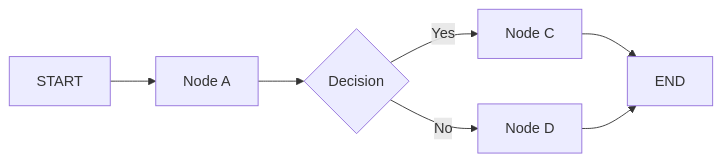
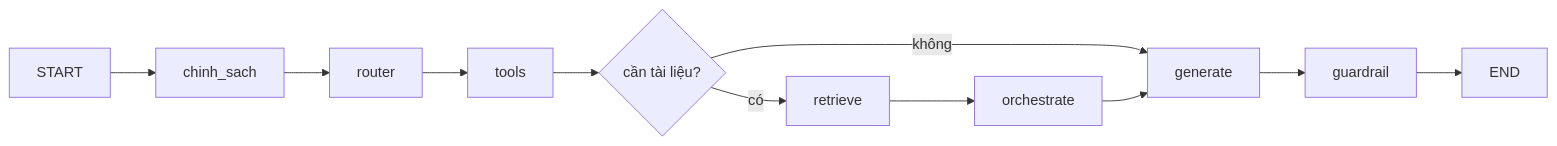
The second of 3 diagrams in ARCHITECTURE.md (DQHuyyyyy/Sale_mate), drawn with Mermaid before and after one commit. The commit also changed other lines of this file and 2 other files, not shown here.

````diff
--- a/ARCHITECTURE.md
+++ b/ARCHITECTURE.md
@@ -62,9 +90,13 @@
 ```mermaid
 graph LR
-    START --> A[Node A]
-    A --> B{Decision}
-    B -->|Yes| C[Node C]
-    B -->|No| D[Node D]
-    C --> E[END]
-    D --> E
+    START --> CS[chinh_sach]
+    CS --> R[router]
+    R --> T[tools]
+    T --> Q{cần tài liệu?}
+    Q -->|có| RE[retrieve]
+    Q -->|không| G[generate]
+    RE --> O[orchestrate]
+    O --> G
+    G --> GU[guardrail]
+    GU --> END
 ```
````
